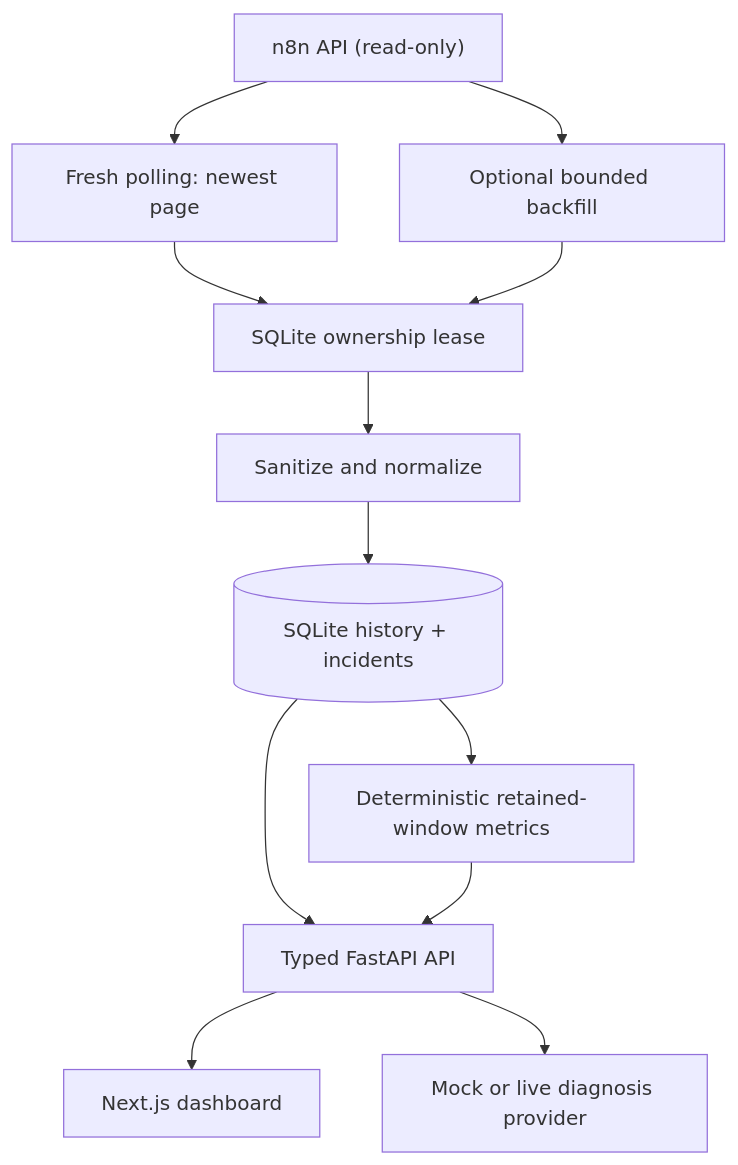
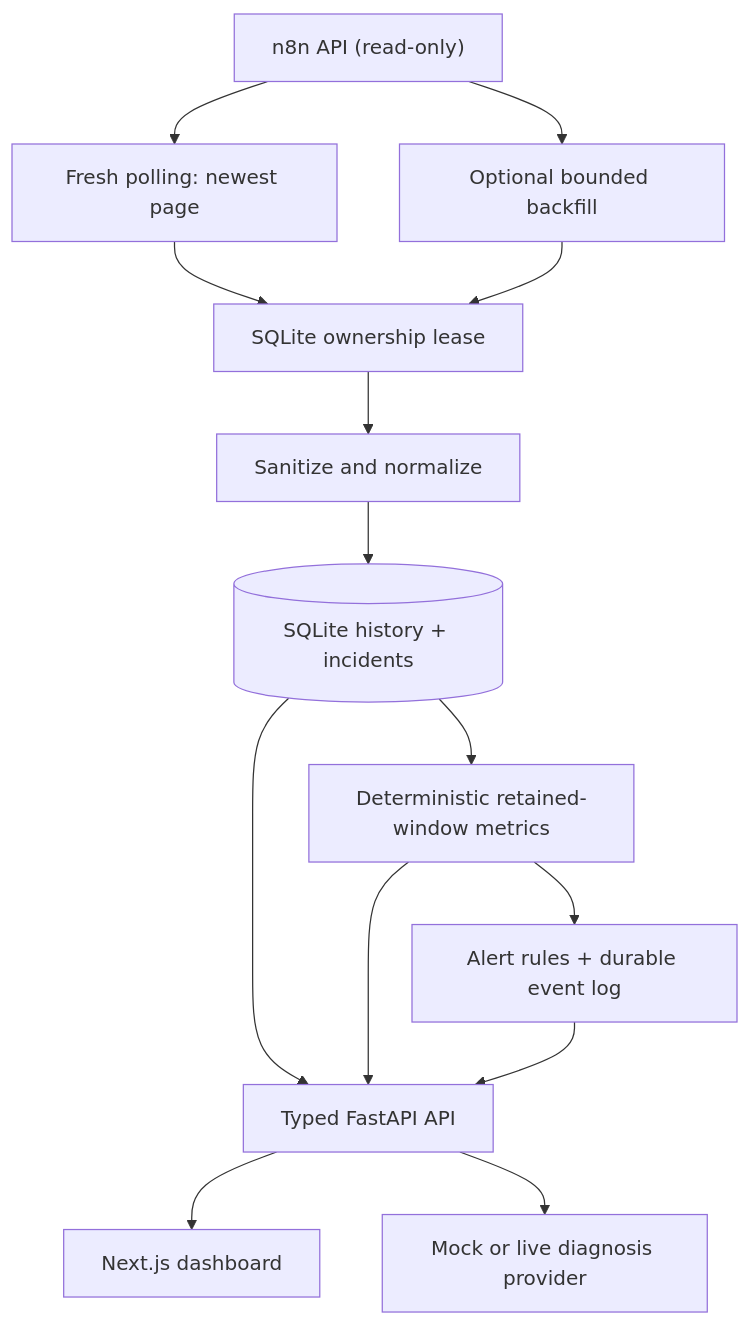
The diagram in README.md (engdareenbassamesleem/flowmedic-ai), drawn with Mermaid before and after one commit. The commit also changed other lines of this file and 17 other files, not shown here.

````diff
--- a/README.md
+++ b/README.md
@@ -52,14 +55,16 @@
 ```mermaid
 flowchart TB
     n8n["n8n API (read-only)"] --> fresh["Fresh polling: newest page"]
     n8n --> backfill["Optional bounded backfill"]
     fresh --> lease["SQLite ownership lease"]
     backfill --> lease
     lease --> normalize["Sanitize and normalize"]
     normalize --> storage[("SQLite history + incidents")]
     storage --> metrics["Deterministic retained-window metrics"]
+    metrics --> alerts["Alert rules + durable event log"]
     storage --> api["Typed FastAPI API"]
     metrics --> api
+    alerts --> api
     api --> dashboard["Next.js dashboard"]
     api --> provider["Mock or live diagnosis provider"]
 ```
````
